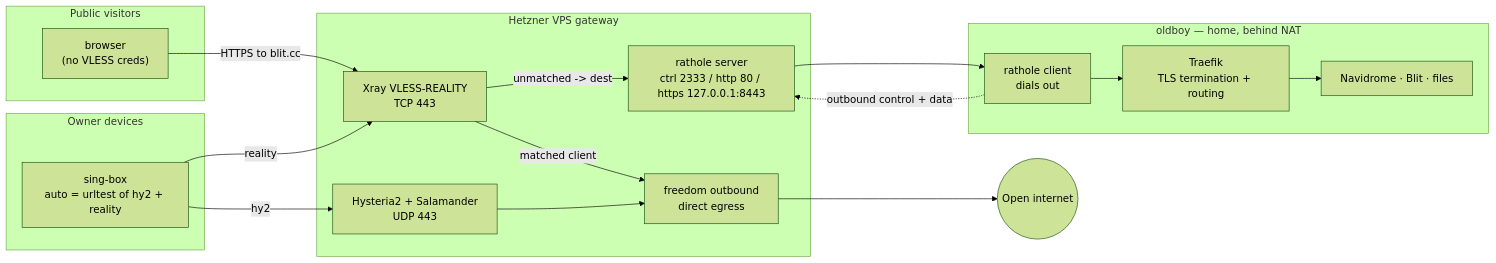
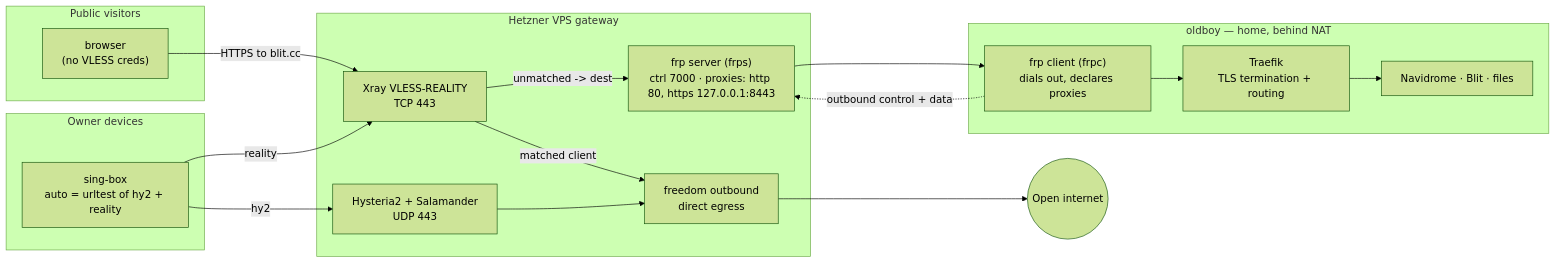
Before and after one commit to radiosilence/jaritanet: the second of 6 diagrams in docs/architecture.md, drawn with Mermaid (forest theme). The commit also changed other lines of this file and 12 other files, not shown here.

First line of the commit message:
feat(tunnel): replace rathole with frp (TCP + UDP everywhere) (#74)

````diff
--- a/docs/architecture.md
+++ b/docs/architecture.md
@@ -79,37 +79,37 @@
 ```mermaid
 flowchart LR
     subgraph client["Owner devices"]
         SB["sing-box<br/>auto = urltest of hy2 + reality"]
     end
 
     subgraph pub["Public visitors"]
         BR["browser<br/>(no VLESS creds)"]
     end
 
     subgraph vps["Hetzner VPS gateway"]
         XR["Xray VLESS-REALITY<br/>TCP 443"]
         HY["Hysteria2 + Salamander<br/>UDP 443"]
-        RH["rathole server<br/>ctrl 2333 / http 80 / https 127.0.0.1:8443"]
+        RH["frp server (frps)<br/>ctrl 7000 · proxies: http 80, https 127.0.0.1:8443"]
         FREE["freedom outbound<br/>direct egress"]
     end
 
     subgraph home["oldboy — home, behind NAT"]
-        RHC["rathole client<br/>dials out"]
+        RHC["frp client (frpc)<br/>dials out, declares proxies"]
         TR["Traefik<br/>TLS termination + routing"]
         SVC["Navidrome · Blit · files"]
     end
 
     INET(("Open internet"))
 
     BR -->|"HTTPS to blit.cc"| XR
     SB -->|"reality"| XR
     SB -->|"hy2"| HY
 
     XR -->|"matched client"| FREE
     HY --> FREE
     FREE --> INET
 
     XR -->|"unmatched -> dest"| RH
     RHC -. "outbound control + data" .-> RH
     RH --> RHC --> TR --> SVC
 ```
````
